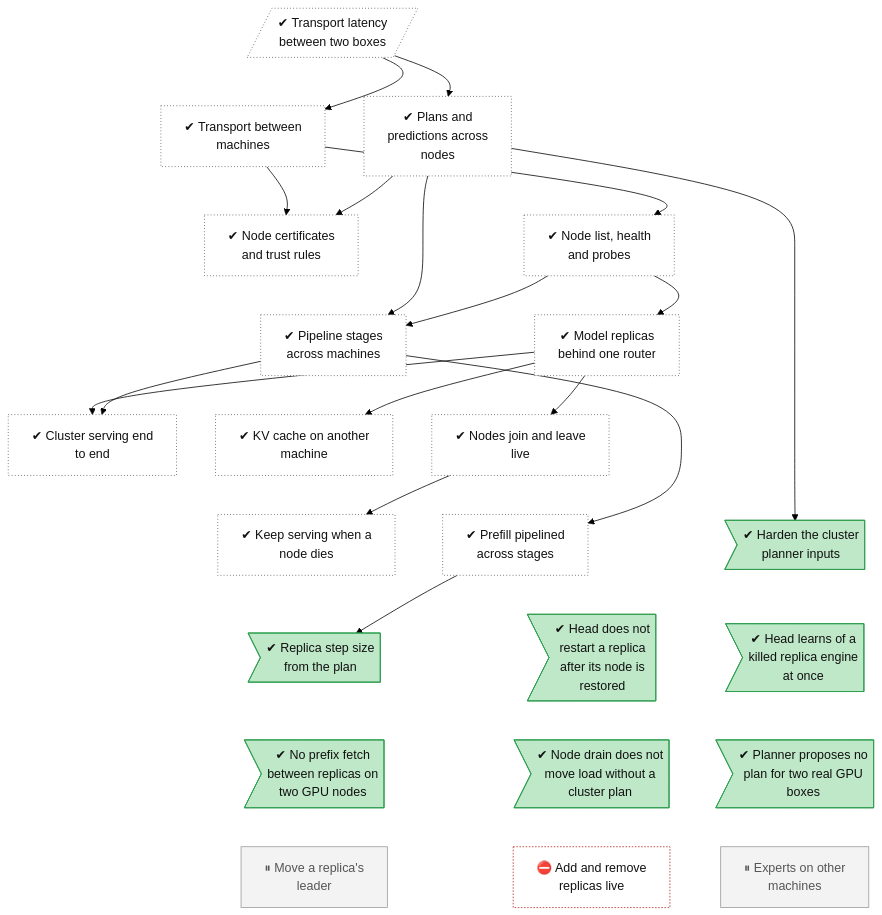
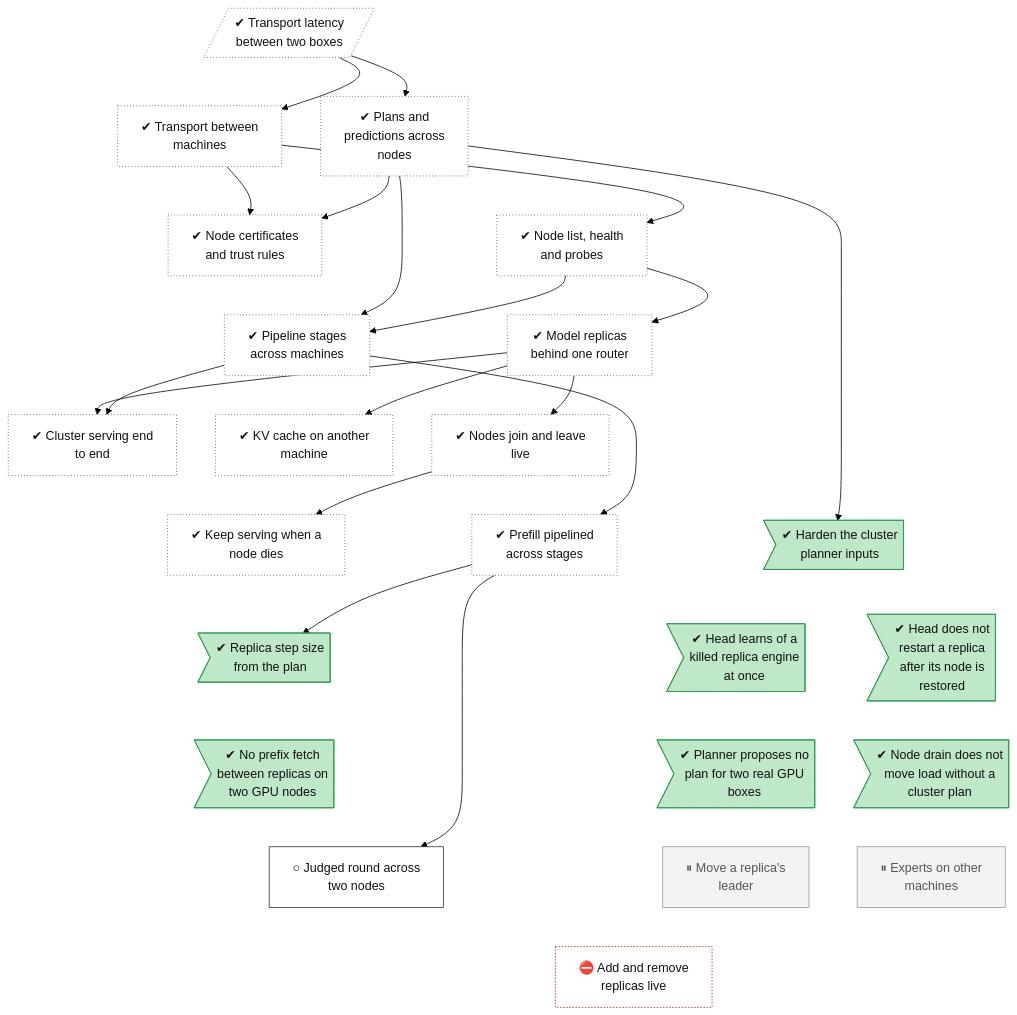
The diagram in docs/roadmap/tracks/cluster.md (lhns/tetraeder), drawn with Mermaid (forest theme) before and after one commit. The commit also changed other lines of this file and 4 other files, not shown here.

Commit message:
Tree: cluster-judged-round-cmd (missing judged-round command for Case S), the exit depends on it (not measured)

````diff
--- a/docs/roadmap/tracks/cluster.md
+++ b/docs/roadmap/tracks/cluster.md
@@ -28,6 +28,7 @@
     cluster_prefix_fetch_not_triggered>"✔ No prefix fetch<br/>between replicas on<br/>two GPU nodes"]
     cluster_plan_source_gpu_segments>"✔ Planner proposes no<br/>plan for two real GPU<br/>boxes"]
     cluster_drain_without_plan>"✔ Node drain does not<br/>move load without a<br/>cluster plan"]
+    cluster_judged_round_cmd["○ Judged round across<br/>two nodes"]
     cluster_leader_move["⏸ Move a replica's<br/>leader"]
     cluster_experts_nodes["⏸ Experts on other<br/>machines"]
     cluster_replica_scaling["⛔ Add and remove<br/>replicas live"]
@@ -49,9 +50,12 @@
     cluster_step_tokens_from_plan ~~~ cluster_prefix_fetch_not_triggered
     cluster_mode1_detection ~~~ cluster_plan_source_gpu_segments
     cluster_rejoin_after_restore ~~~ cluster_drain_without_plan
-    cluster_prefix_fetch_not_triggered ~~~ cluster_leader_move
-    cluster_plan_source_gpu_segments ~~~ cluster_experts_nodes
-    cluster_drain_without_plan ~~~ cluster_replica_scaling
+    cluster_prefix_fetch_not_triggered ~~~ cluster_judged_round_cmd
+    cluster_plan_source_gpu_segments ~~~ cluster_leader_move
+    cluster_drain_without_plan ~~~ cluster_experts_nodes
+    cluster_judged_round_cmd ~~~ cluster_replica_scaling
+    cluster_leader_move ~~~ cluster_replica_scaling
+    cluster_experts_nodes ~~~ cluster_replica_scaling
     cluster_transport_wan --> cluster_transport
     cluster_transport_wan --> cluster_planner
     cluster_transport --> cluster_mtls
@@ -68,6 +72,7 @@
     cluster_planner --> cluster_planner_hardening
     cluster_pipeline_nodes --> cluster_pipeline_prefill
     cluster_pipeline_prefill --> cluster_step_tokens_from_plan
+    cluster_pipeline_prefill --> cluster_judged_round_cmd
     classDef vsucc fill:#2e9e4f,stroke:#1b6b34,color:#fff
     classDef succ fill:#bfe8c8,stroke:#2e9e4f,color:#111
     classDef mixed fill:#ffd37a,stroke:#c98a00,color:#111
@@ -84,6 +89,7 @@
     classDef waiting fill:#e3f2fd,stroke:#1f6fc5,stroke-dasharray:5 5,color:#111
     class cluster_transport_wan,cluster_transport,cluster_planner,cluster_mtls,cluster_discovery,cluster_pipeline_nodes,cluster_replicas,cluster_integration,cluster_join_leave,cluster_remote_kv,cluster_failover,cluster_pipeline_prefill unrated
     class cluster_planner_hardening,cluster_step_tokens_from_plan,cluster_mode1_detection,cluster_rejoin_after_restore,cluster_prefix_fetch_not_triggered,cluster_plan_source_gpu_segments,cluster_drain_without_plan succ
+    class cluster_judged_round_cmd next
     class cluster_leader_move,cluster_experts_nodes parked
     class cluster_replica_scaling blocked
 ```
````
